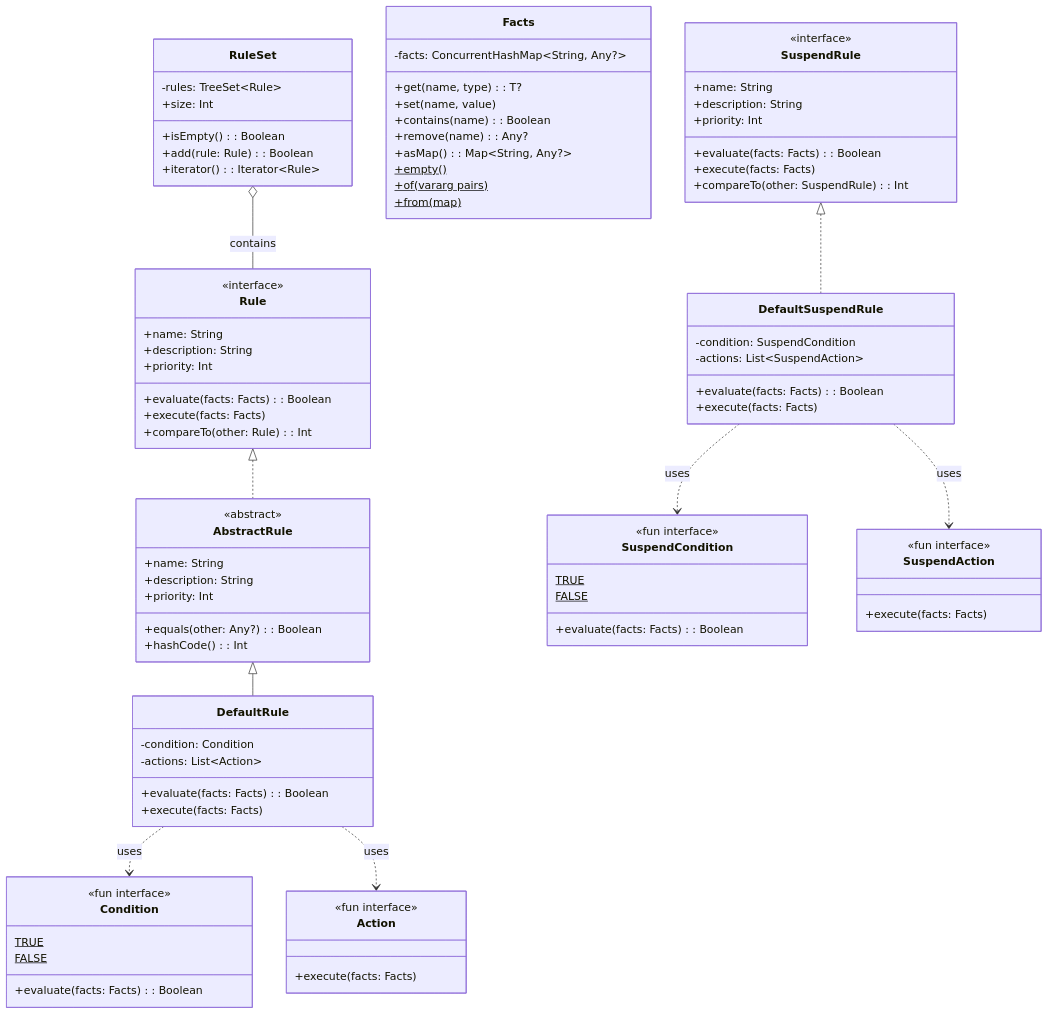
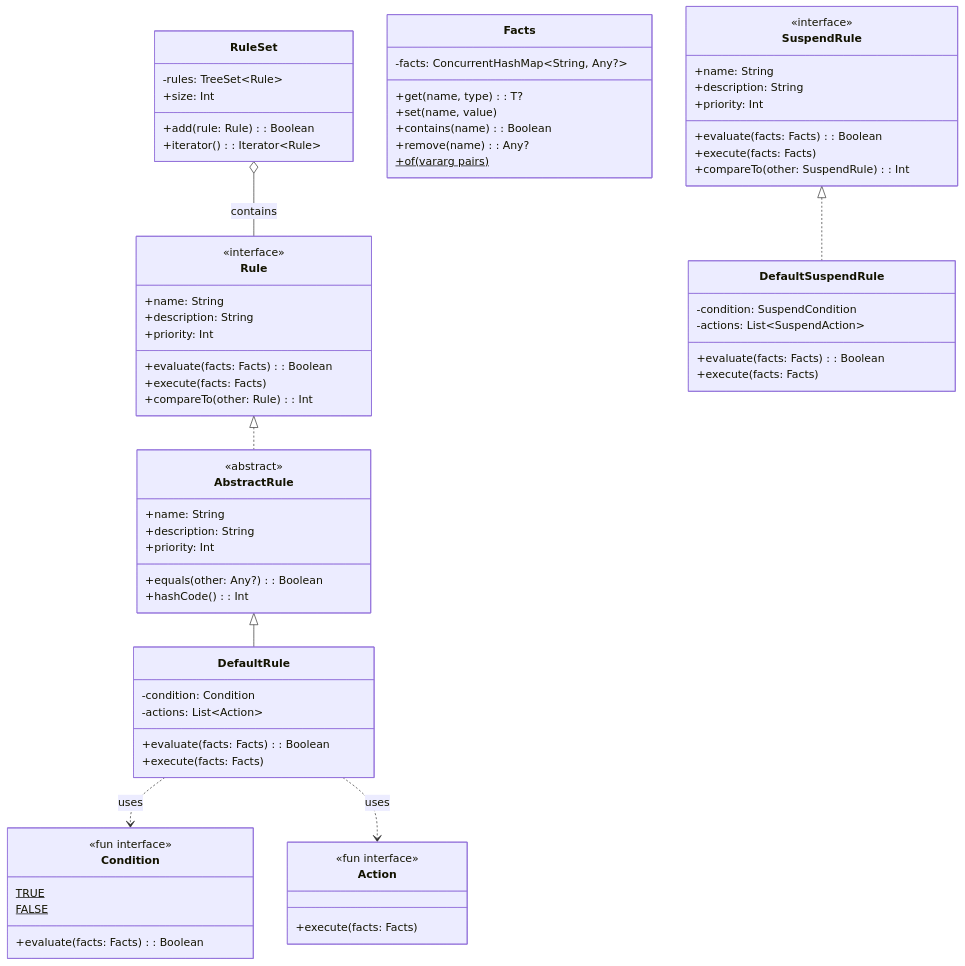
One commit to bluetape4k/bluetape4k-projects changed the second of 7 diagrams in utils/rule-engine/README.ko.md. Above: the diagram before and after it, drawn with Mermaid. The commit also changed other lines of this file and 14 other files, not shown here.

````diff
--- a/utils/rule-engine/README.ko.md
+++ b/utils/rule-engine/README.ko.md
@@ -219,19 +87,7 @@
         FALSE$
     }
 
-    class SuspendCondition {
-        <<fun interface>>
-        +evaluate(facts: Facts): Boolean
-        TRUE$
-        FALSE$
-    }
-
     class Action {
-        <<fun interface>>
-        +execute(facts: Facts)
-    }
-
-    class SuspendAction {
         <<fun interface>>
         +execute(facts: Facts)
     }
@@ -242,16 +98,12 @@
         +set(name, value)
         +contains(name): Boolean
         +remove(name): Any?
-        +asMap(): Map~String, Any?~
-        +empty()$
         +of(vararg pairs)$
-        +from(map)$
     }
 
     class RuleSet {
         -rules: TreeSet~Rule~
         +size: Int
-        +isEmpty(): Boolean
         +add(rule: Rule): Boolean
         +iterator(): Iterator~Rule~
     }
@@ -261,7 +113,5 @@
     DefaultRule ..> Condition : uses
     DefaultRule ..> Action : uses
     SuspendRule <|.. DefaultSuspendRule
-    DefaultSuspendRule ..> SuspendCondition : uses
-    DefaultSuspendRule ..> SuspendAction : uses
     RuleSet o-- Rule : contains
 ```
````
